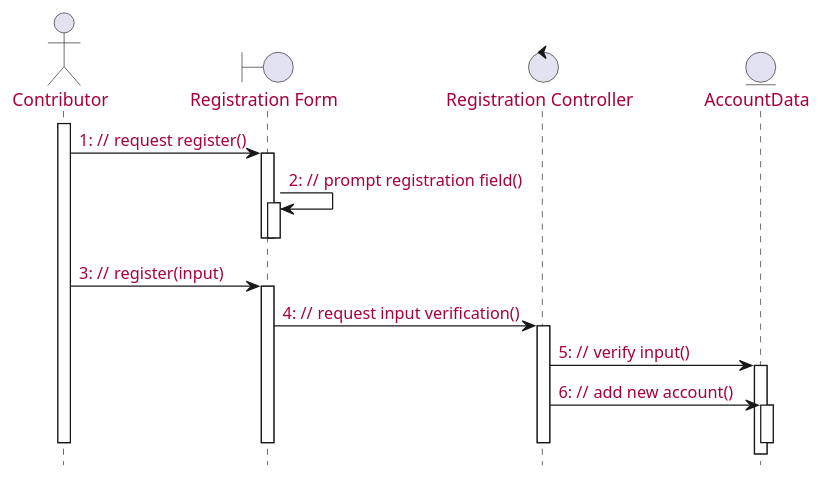
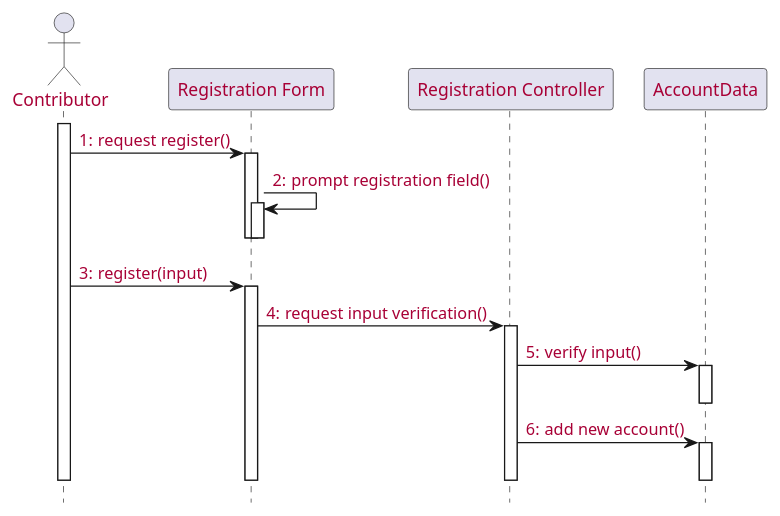
One commit to McSinyx/ipppi changed the first of 8 diagrams in source/solution/use-case-design.rst. Above: the diagram before and after it, drawn with PlantUML. The commit also changed other lines of this file, not shown here.

```diff
--- a/source/solution/use-case-design.rst
+++ b/source/solution/use-case-design.rst
@@ -16,27 +16,27 @@
 .. uml::
 
    skinparam defaultFontColor #a80036
-   autonumber "#: //"
+   autonumber "#:"
    autoactivate on
    hide footbox
 
    actor Contributor
-   boundary "Registration Form" as RF
-   control "Registration Controller" as RC
-   entity AccountData
+   participant "Registration Form" as RF
+   participant "Registration Controller" as RC
+   participant AccountData
 
    activate Contributor
    Contributor -> RF : request register()
    RF -> RF : prompt registration field()
    deactivate RF
    deactivate RF
 
    Contributor -> RF : register(input)
    RF -> RC : request input verification()
    RC -> AccountData : verify input()
-
+   deactivate AccountData
    RC -> AccountData : add new account()
    deactivate AccountData
    deactivate RC
    deactivate RF
    deactivate Contributor
```
